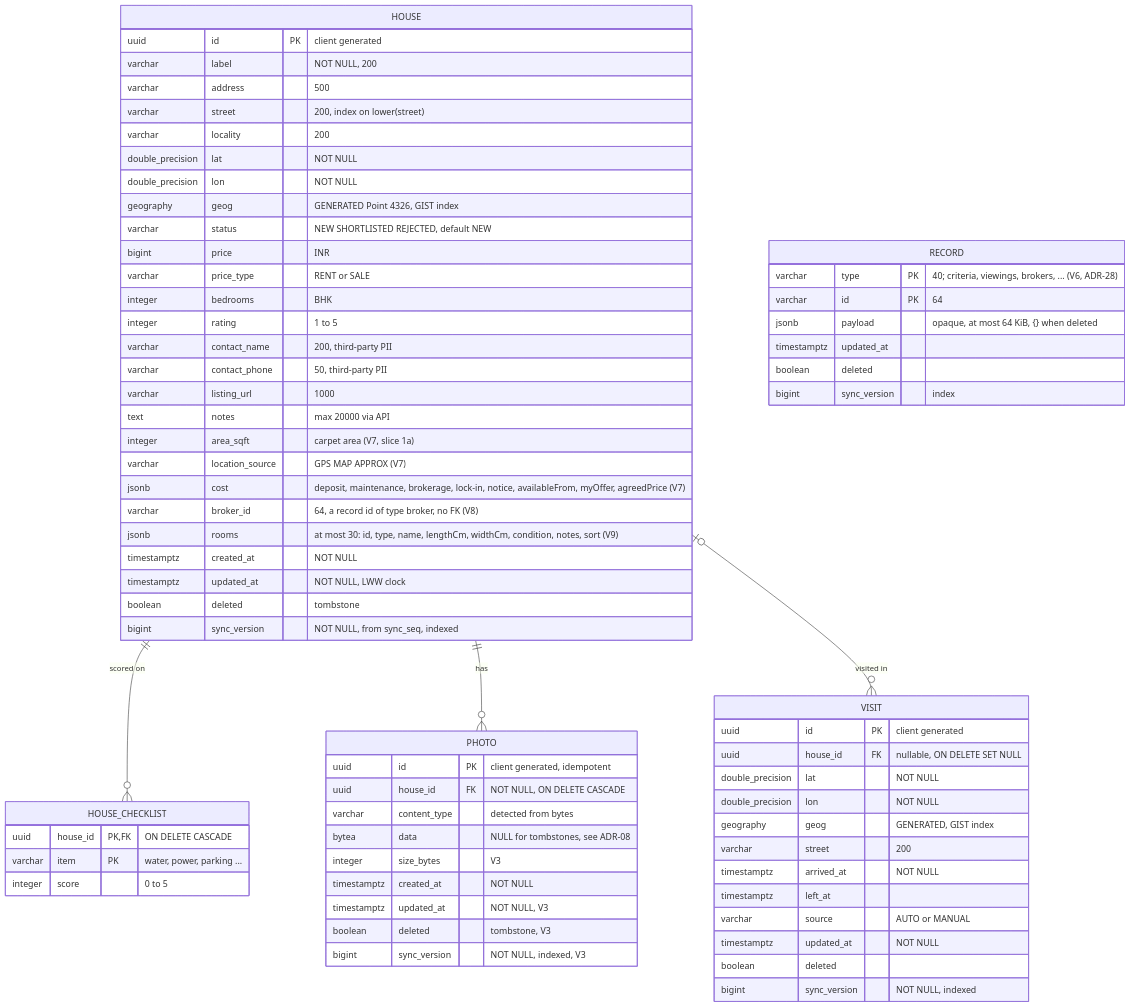
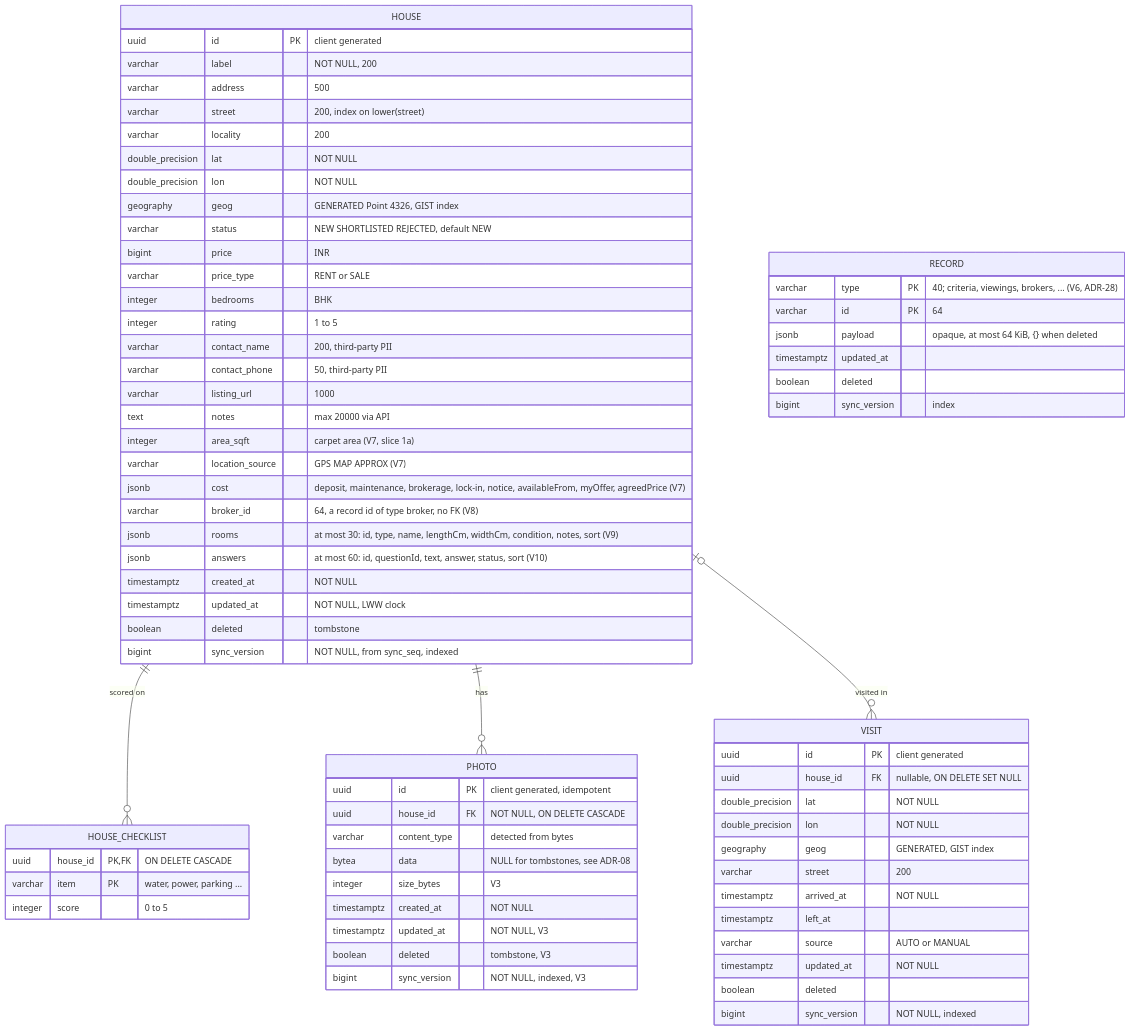
The seventh of 17 diagrams in docs/03-design.md (Sriram-Codes-SW/doorprints), drawn with Mermaid before and after one commit. The commit also changed other lines of this file and 152 other files, not shown here.

````diff
--- a/docs/03-design.md
+++ b/docs/03-design.md
@@ -425,72 +426,73 @@
 ```mermaid
 erDiagram
     HOUSE ||--o{ HOUSE_CHECKLIST : "scored on"
     HOUSE ||--o{ PHOTO : "has"
     HOUSE |o--o{ VISIT : "visited in"
     RECORD {
         varchar type PK "40; criteria, viewings, brokers, ... (V6, ADR-28)"
         varchar id PK "64"
         jsonb payload "opaque, at most 64 KiB, {} when deleted"
         timestamptz updated_at
         boolean deleted
         bigint sync_version "index"
     }
     HOUSE {
         uuid id PK "client generated"
         varchar label "NOT NULL, 200"
         varchar address "500"
         varchar street "200, index on lower(street)"
         varchar locality "200"
         double_precision lat "NOT NULL"
         double_precision lon "NOT NULL"
         geography geog "GENERATED Point 4326, GIST index"
         varchar status "NEW SHORTLISTED REJECTED, default NEW"
         bigint price "INR"
         varchar price_type "RENT or SALE"
         integer bedrooms "BHK"
         integer rating "1 to 5"
         varchar contact_name "200, third-party PII"
         varchar contact_phone "50, third-party PII"
         varchar listing_url "1000"
         text notes "max 20000 via API"
         integer area_sqft "carpet area (V7, slice 1a)"
         varchar location_source "GPS MAP APPROX (V7)"
         jsonb cost "deposit, maintenance, brokerage, lock-in, notice, availableFrom, myOffer, agreedPrice (V7)"
         varchar broker_id "64, a record id of type broker, no FK (V8)"
         jsonb rooms "at most 30: id, type, name, lengthCm, widthCm, condition, notes, sort (V9)"
+        jsonb answers "at most 60: id, questionId, text, answer, status, sort (V10)"
         timestamptz created_at "NOT NULL"
         timestamptz updated_at "NOT NULL, LWW clock"
         boolean deleted "tombstone"
         bigint sync_version "NOT NULL, from sync_seq, indexed"
     }
     HOUSE_CHECKLIST {
         uuid house_id PK, FK "ON DELETE CASCADE"
         varchar item PK "water, power, parking ..."
         integer score "0 to 5"
     }
     VISIT {
         uuid id PK "client generated"
         uuid house_id FK "nullable, ON DELETE SET NULL"
         double_precision lat "NOT NULL"
         double_precision lon "NOT NULL"
         geography geog "GENERATED, GIST index"
         varchar street "200"
         timestamptz arrived_at "NOT NULL"
         timestamptz left_at
         varchar source "AUTO or MANUAL"
         timestamptz updated_at "NOT NULL"
         boolean deleted
         bigint sync_version "NOT NULL, indexed"
     }
     PHOTO {
         uuid id PK "client generated, idempotent"
         uuid house_id FK "NOT NULL, ON DELETE CASCADE"
         varchar content_type "detected from bytes"
         bytea data "NULL for tombstones, see ADR-08"
         integer size_bytes "V3"
         timestamptz created_at "NOT NULL"
         timestamptz updated_at "NOT NULL, V3"
         boolean deleted "tombstone, V3"
         bigint sync_version "NOT NULL, indexed, V3"
     }
 ```
````
